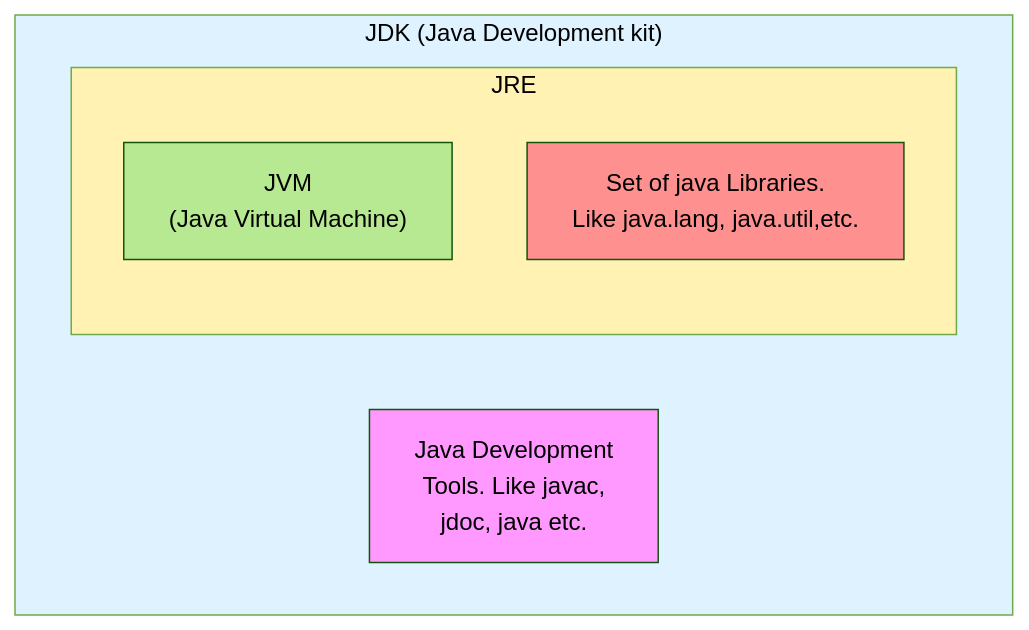
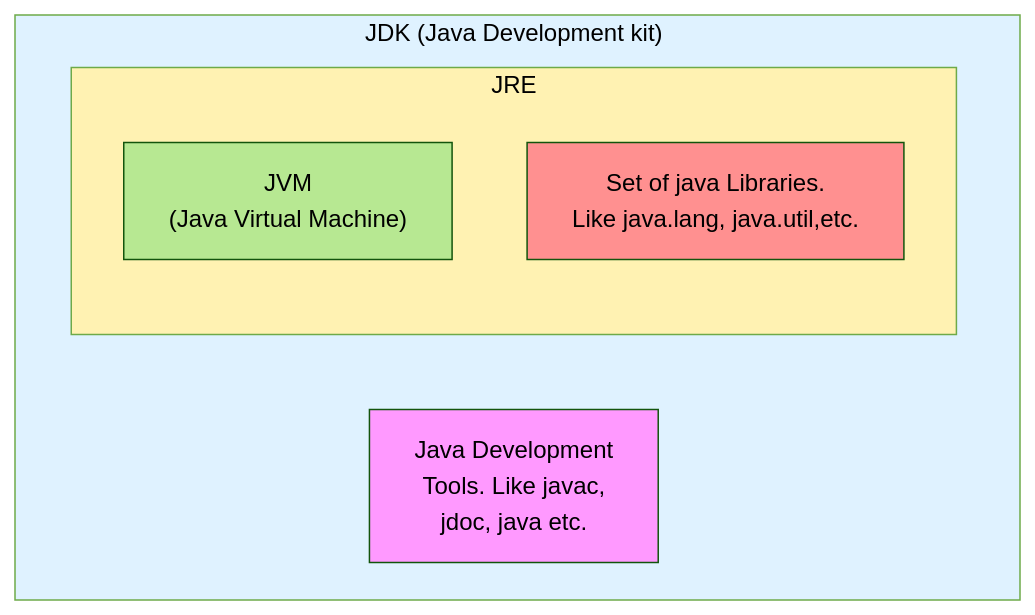
The diagram in Notes/Basics.md (f-ei8ht/java-lang), drawn with Mermaid (forest theme) before and after one commit.

Commit message:
mermaid diagram for jdk

````diff
--- a/Notes/Basics.md
+++ b/Notes/Basics.md
@@ -6,20 +6,20 @@
 ```mermaid
 graph TD
     subgraph JDK["JDK (Java Development kit)"]
         A[Java Development 
         Tools. Like javac, 
         jdoc, java etc.]
         subgraph JRE["JRE"]
             B["JVM
             (Java Virtual Machine)"]
             C[Set of java Libraries. 
             Like java.lang, java.util,etc.]
         
         style A fill:#f9f,color:#000
         style JRE fill:#fff2b2,color:#000
         style B fill:#b7e892,color:#000
         style C fill:#ff9090,color:#000
         end
-        style JDK fill:#dff2ff,color:#000
+        style JDK fill:#dff2ff,color:#000,width:670px,height:390px
     end
 ```
````
